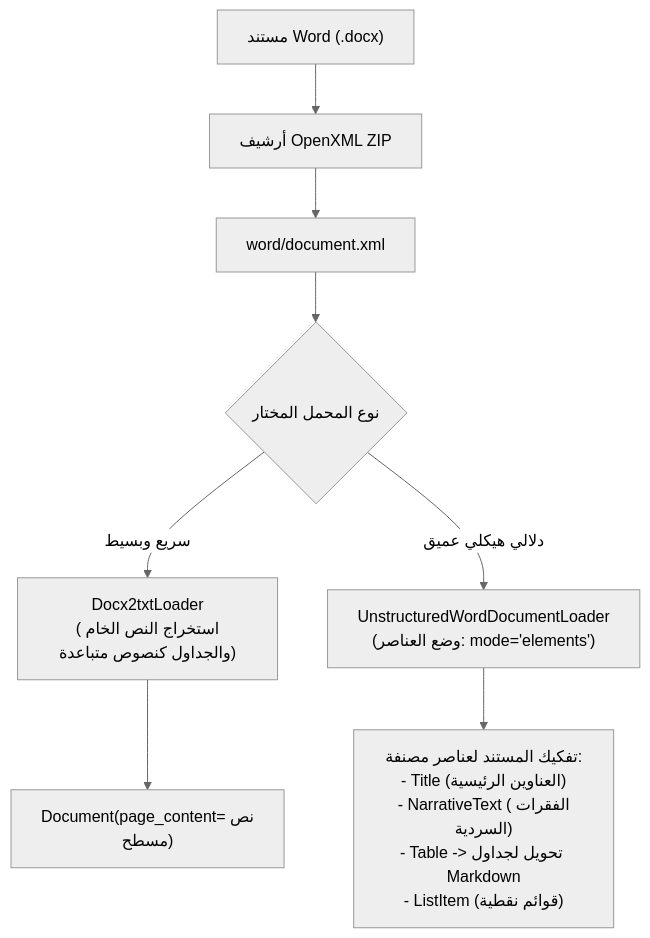
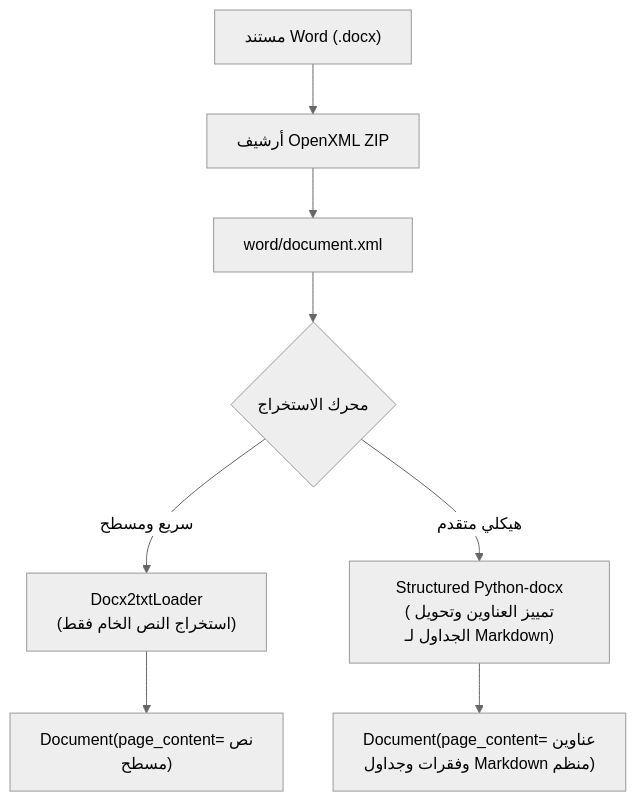
The diagram in docs/01-ingestion/07-word-documents.md (ali-abofouda/RAG-Mastery), drawn with Mermaid (neutral theme) before and after one commit. The commit also changed other lines of this file and 10 other files, not shown here.

````diff
--- a/docs/01-ingestion/07-word-documents.md
+++ b/docs/01-ingestion/07-word-documents.md
@@ -9,14 +10,13 @@
 ```mermaid
 flowchart TD
     DocxFile["مستند Word (.docx)"] --> Archive["أرشيف OpenXML ZIP"]
     Archive --> DocXML["word/document.xml"]
     
-    DocXML --> Parser{"نوع المحمل المختار"}
+    DocXML --> Parser{"محرك الاستخراج"}
     
-    Parser -- "سريع وبسيط" --> Docx2txt["Docx2txtLoader<br/>(استخراج النص الخام والجداول كنصوص متباعدة)"]
-    Parser -- "دلالي هيكلي عميق" --> Unstructured["UnstructuredWordDocumentLoader<br/>(وضع العناصر: mode='elements')"]
+    Parser -- "سريع ومسطح" --> Docx2txt["Docx2txtLoader<br/>(استخراج النص الخام فقط)"]
+    Parser -- "هيكلي متقدم" --> Structured["Structured Python-docx<br/>(تمييز العناوين وتحويل الجداول لـ Markdown)"]
     
     Docx2txt --> FlatDoc["Document(page_content=نص مسطح)"]
-    
-    Unstructured --> Elements["تفكيك المستند لعناصر مصنفة:<br/>- Title (العناوين الرئيسية)<br/>- NarrativeText (الفقرات السردية)<br/>- Table -> تحويل لجداول Markdown<br/>- ListItem (قوائم نقطية)"]
+    Structured --> RichDoc["Document(page_content=عناوين وفقرات وجداول Markdown منظم)"]
 ```
````
